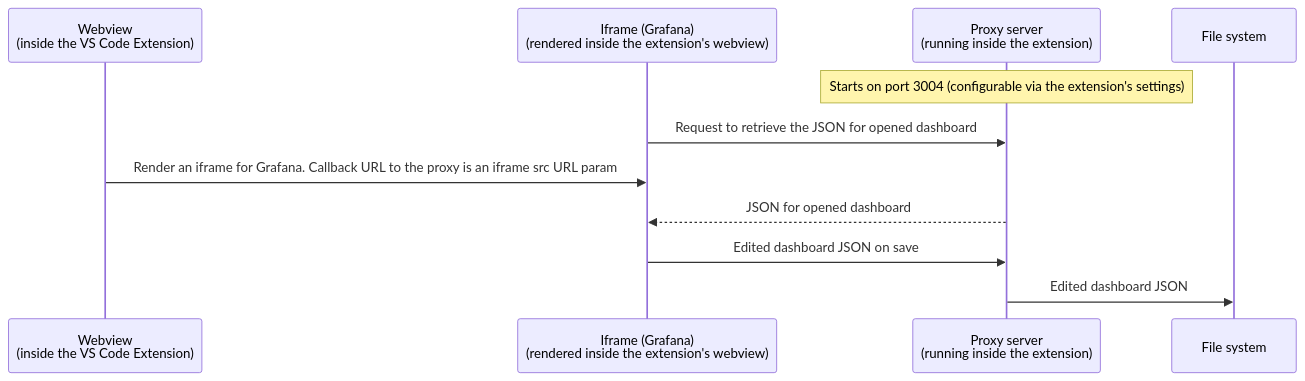
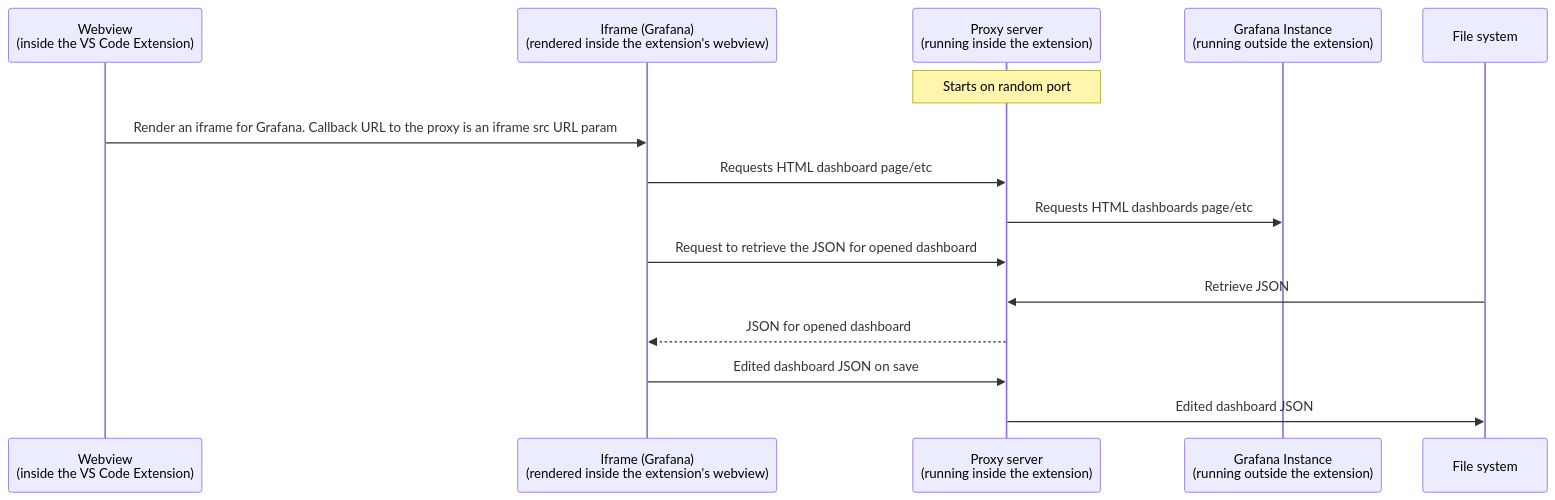
One commit to grafana/grafana-vs-code-extension changed the diagram in README.md. Above: the diagram before and after it, drawn with Mermaid. The commit also changed other lines of this file, not shown here.

````diff
--- a/README.md
+++ b/README.md
@@ -75,14 +51,18 @@
 ```mermaid
 sequenceDiagram
     participant Webview as Webview <br> (inside the VS Code Extension)
     participant Iframe as Iframe (Grafana) <br> (rendered inside the extension's webview)
     participant ProxyServer as Proxy server <br> (running inside the extension)
+    participant Grafana as Grafana Instance <br> (running outside the extension)
     participant FileSystem as File system
 
-    Note over ProxyServer: Starts on port 3004 (configurable via the extension's settings)
+    Note over ProxyServer: Starts on random port
+    Webview->>Iframe: Render an iframe for Grafana. Callback URL to the proxy is an iframe src URL param 
+    Iframe->>ProxyServer: Requests HTML dashboard page/etc
+    ProxyServer->>Grafana: Requests HTML dashboards page/etc
     Iframe->>ProxyServer: Request to retrieve the JSON for opened dashboard
-    Webview->>Iframe: Render an iframe for Grafana. Callback URL to the proxy is an iframe src URL param 
+    FileSystem->>ProxyServer: Retrieve JSON
     ProxyServer-->>Iframe: JSON for opened dashboard
     Iframe->>ProxyServer: Edited dashboard JSON on save
     ProxyServer->>FileSystem: Edited dashboard JSON
 ```
````
